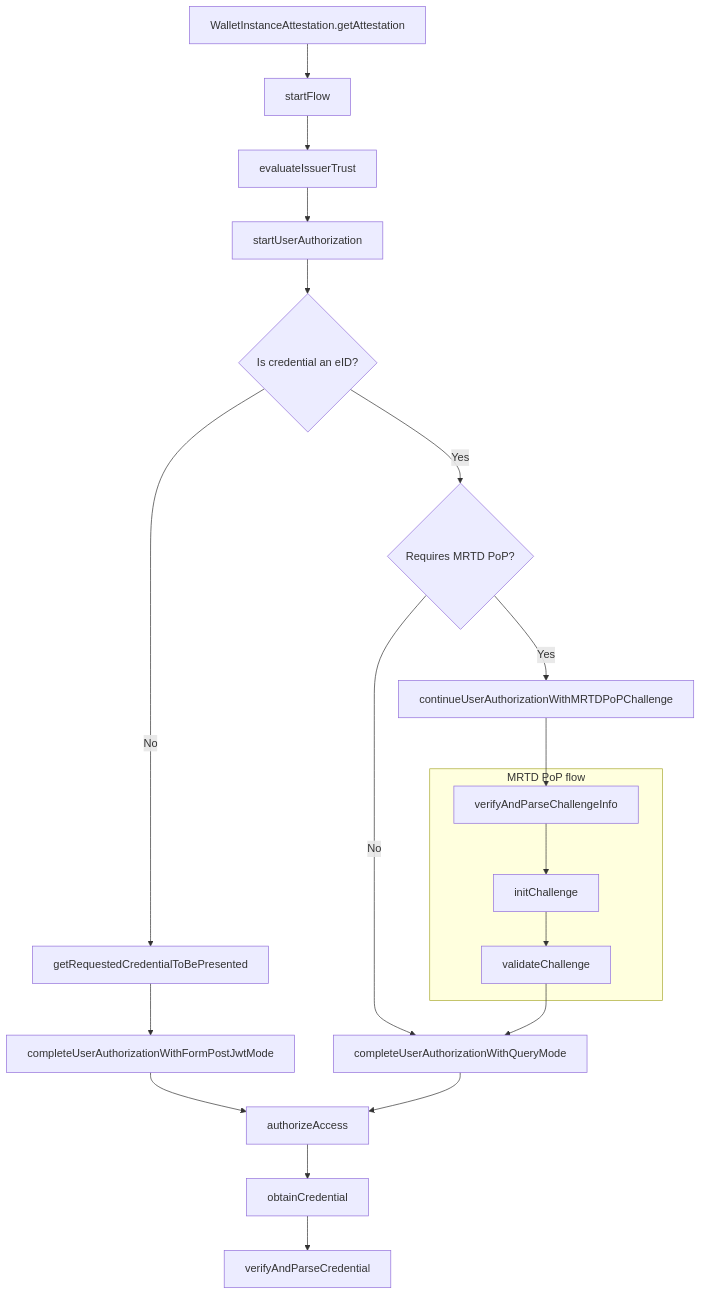
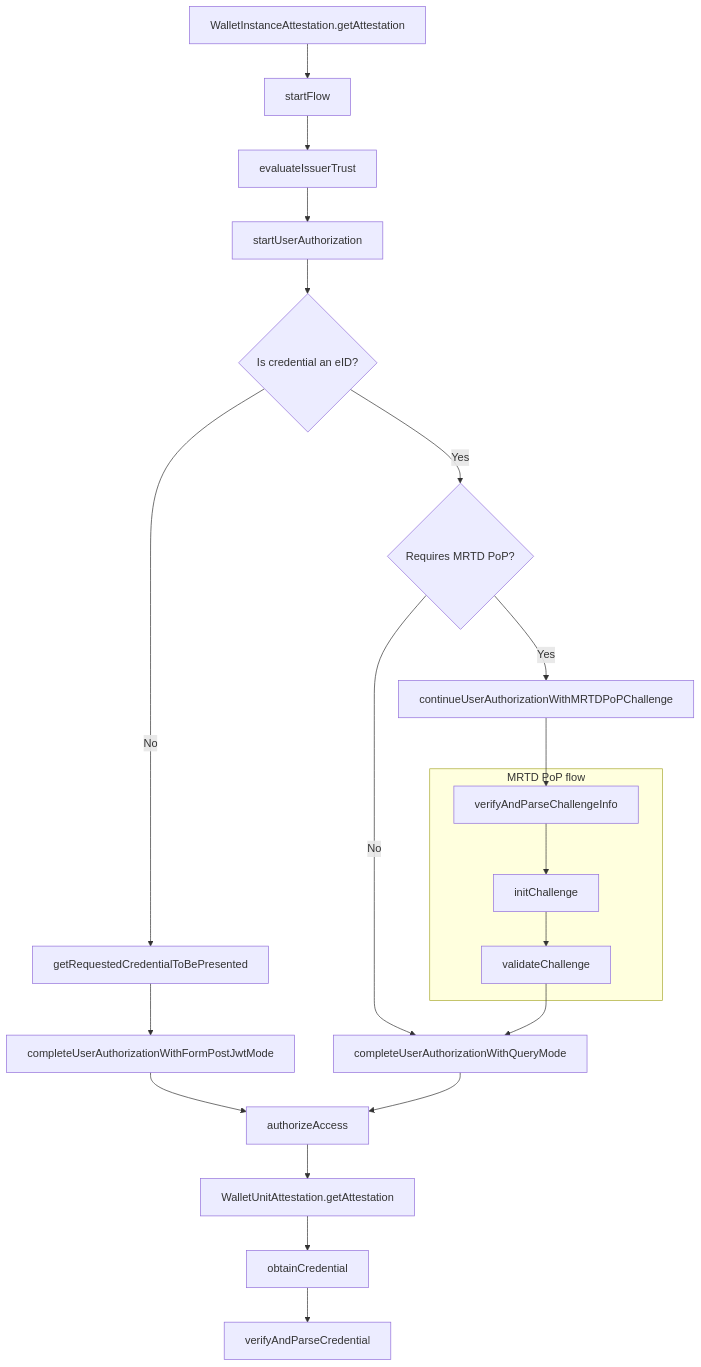
Before and after one commit to pagopa/io-react-native-wallet: the diagram in src/credential/issuance/README.md, drawn with Mermaid. The commit also changed other lines of this file and 12 other files, not shown here.

````diff
--- a/src/credential/issuance/README.md
+++ b/src/credential/issuance/README.md
@@ -13,41 +15,43 @@
 ```mermaid
 graph TD;
     0[WalletInstanceAttestation.getAttestation]
     1[startFlow]
     2[evaluateIssuerTrust]
     3[startUserAuthorization]
     C4[getRequestedCredentialToBePresented]
     C4.1[completeUserAuthorizationWithFormPostJwtMode]
     E4[completeUserAuthorizationWithQueryMode]
     5[authorizeAccess]
-    6[obtainCredential]
-    7[verifyAndParseCredential]
+    6[WalletUnitAttestation.getAttestation]
+    7[obtainCredential]
+    8[verifyAndParseCredential]
     credSel{Is credential an eID?}
     proofSel{Requires MRTD PoP?}
     M1[continueUserAuthorizationWithMRTDPoPChallenge]
     subgraph MRTD PoP flow
     M2[verifyAndParseChallengeInfo]
     M3[initChallenge]
     M4[validateChallenge]
     end
 
     0 --> 1
     1 --> 2
     2 --> 3
     3 --> credSel
     credSel -->|Yes| proofSel
     credSel -->|No| C4
     proofSel --> |Yes| M1
     proofSel --> |No| E4
     C4 --> C4.1
     C4.1 --> 5
     E4 --> 5
     5 --> 6
     6 --> 7
+    7 --> 8
 
     M1 --> M2
     M2 --> M3
     M3 --> M4
     M4 --> E4
 
 ```
````
